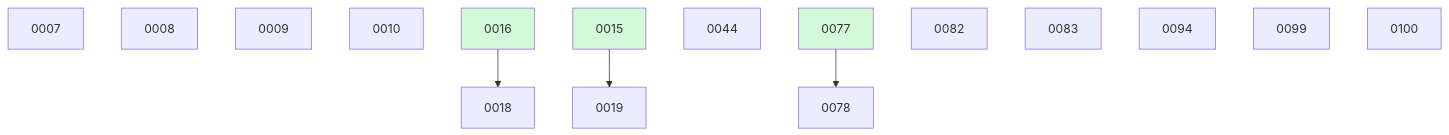
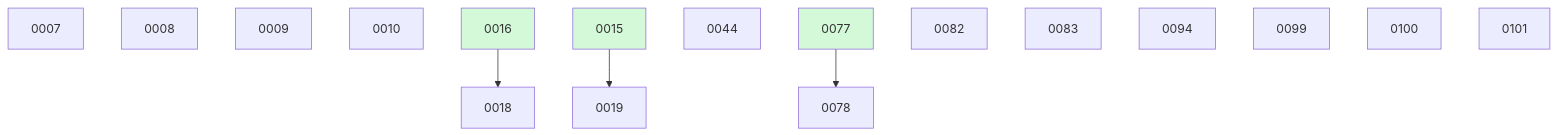
The diagram in docs/changes/BOARD.md (danielhanold/docket), drawn with Mermaid before and after one commit. The commit also changed other lines of this file, not shown here.

````diff
--- a/docs/changes/BOARD.md
+++ b/docs/changes/BOARD.md
@@ -38,20 +39,21 @@
 ```mermaid
 graph TD
   0007
   0008
   0009
   0010
   0016 --> 0018
   0015 --> 0019
   0044
   0077 --> 0078
   0082
   0083
   0094
   0099
   0100
+  0101
   0015:::done
   0016:::done
   0077:::done
   classDef done fill:#d3f9d8;
 ```
````
